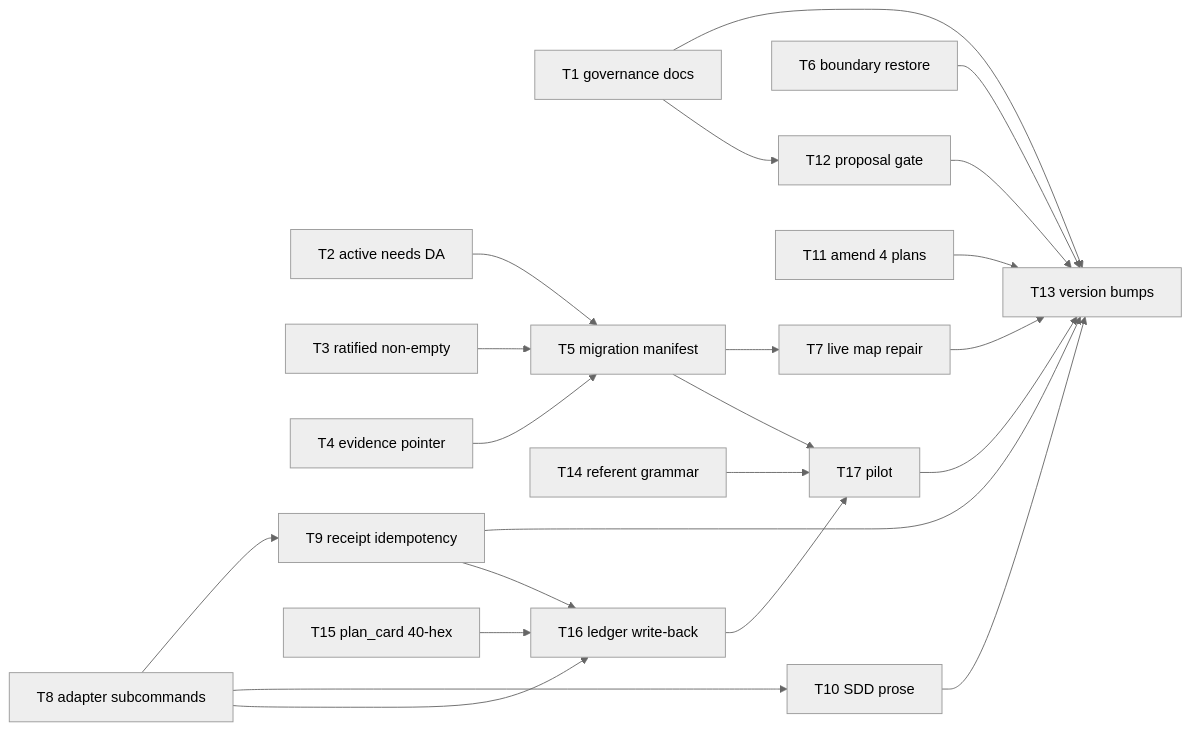
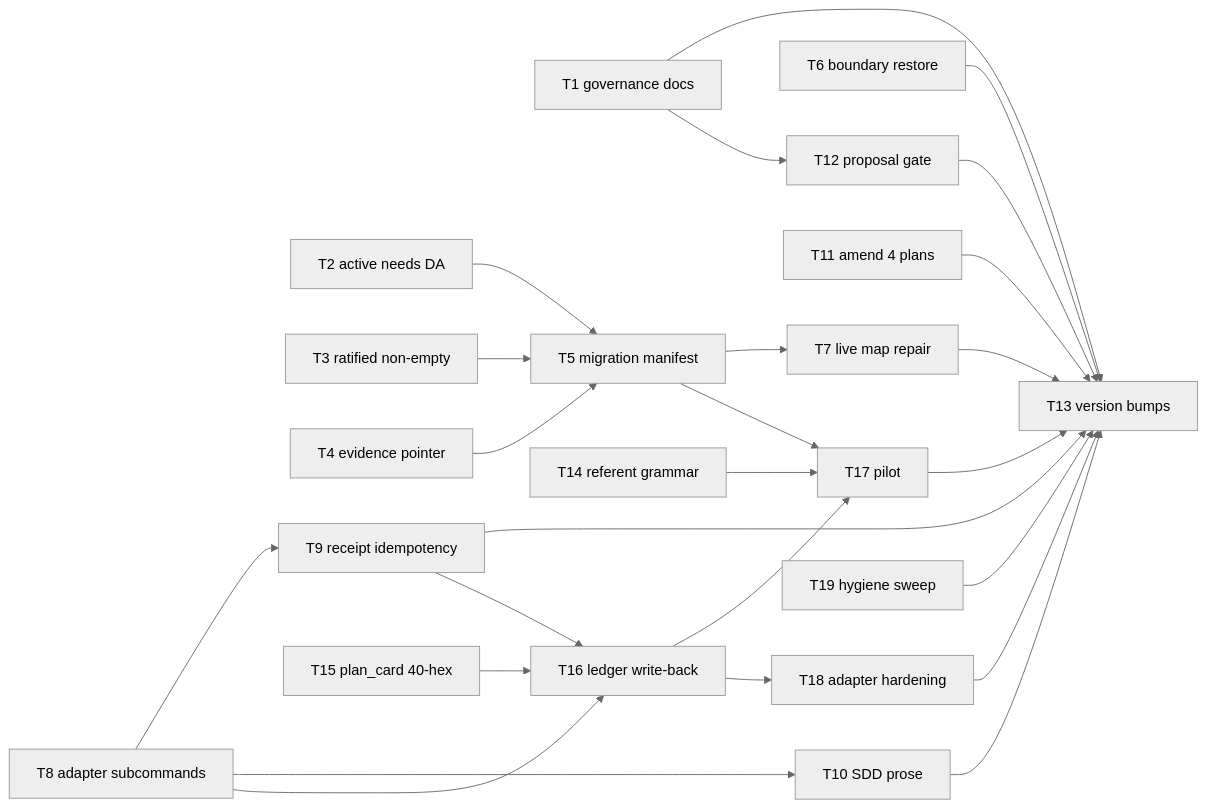
One commit to kouko/monkey-skills changed the diagram in docs/loom/plans/2026-08-31-contract-repair-post-v3.md. Above: the diagram before and after it, drawn with Mermaid (neutral theme). The commit also changed other lines of this file and 1 other file, not shown here.

````diff
--- a/docs/loom/plans/2026-08-31-contract-repair-post-v3.md
+++ b/docs/loom/plans/2026-08-31-contract-repair-post-v3.md
@@ -17,19 +17,21 @@
 ```mermaid
 flowchart LR
 T1[T1 governance docs] --> T13[T13 version bumps]
 T2[T2 active needs DA] --> T5[T5 migration manifest] --> T7[T7 live map repair] --> T13
 T3[T3 ratified non-empty] --> T5
 T4[T4 evidence pointer] --> T5
 T6[T6 boundary restore] --> T13
 T8[T8 adapter subcommands] --> T9[T9 receipt idempotency] --> T13
 T10[T10 SDD prose] --> T13
 T11[T11 amend 4 plans] --> T13
 T12[T12 proposal gate] --> T13
 T1 --> T12
 T8 --> T10
 T14[T14 referent grammar] --> T17[T17 pilot] --> T13
 T15[T15 plan_card 40-hex] --> T16[T16 ledger write-back] --> T17
+T16 --> T18[T18 adapter hardening] --> T13
+T19[T19 hygiene sweep] --> T13
 T8 --> T16
 T9 --> T16
 T5 --> T17
 ```
````
